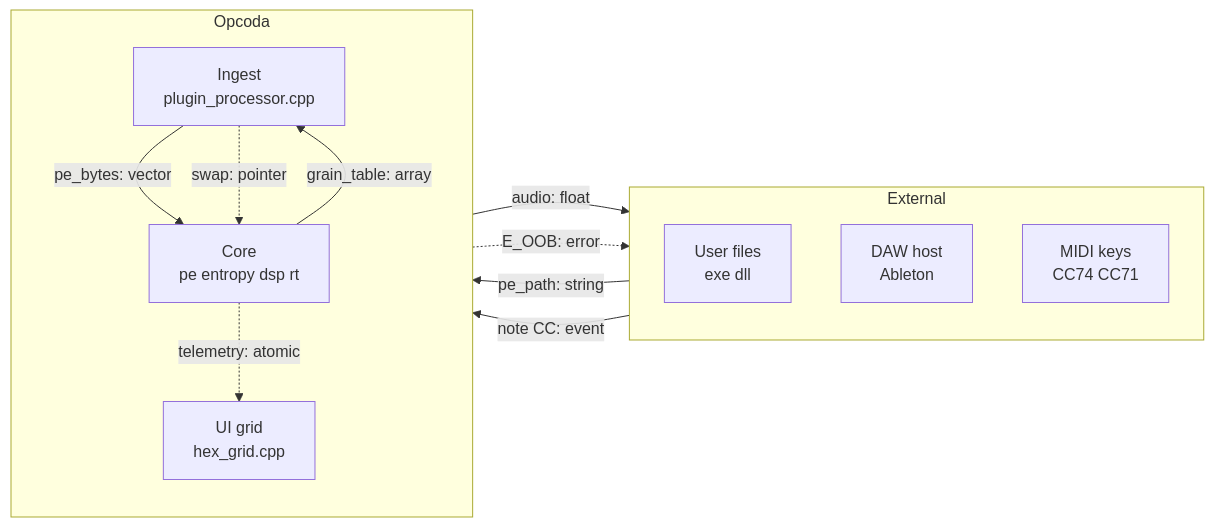
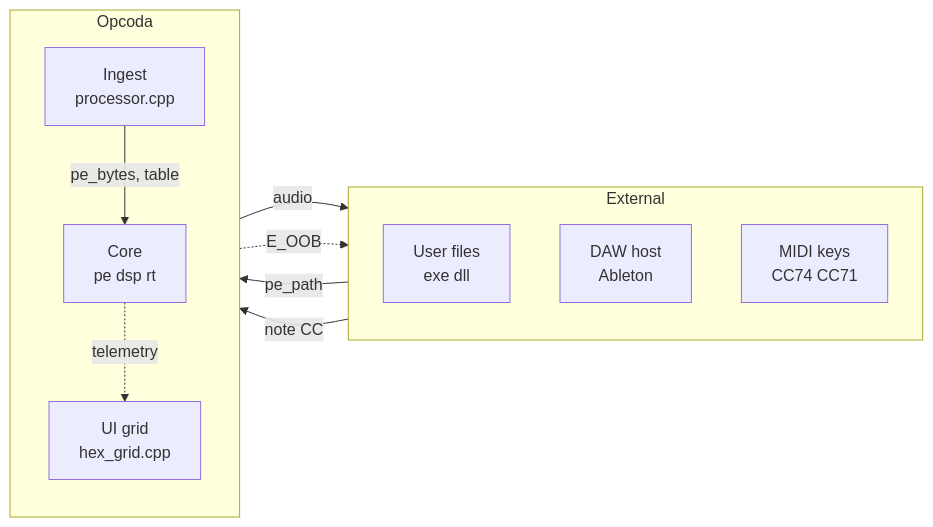
Before and after one commit to 9matesu/Catlas: the diagram in examples/opcoda-pe-pipeline/diagrams/context.mmd, drawn with Mermaid. The commit also changed 10 other files, not shown here.

Commit message:
Catlas: fix label overflow in example diagrams, add label fit rules and lint

```diff
--- a/examples/opcoda-pe-pipeline/diagrams/context.mmd
+++ b/examples/opcoda-pe-pipeline/diagrams/context.mmd
@@ -1,22 +1,20 @@
 flowchart LR
   direction LR
   subgraph ext[External]
     direction TB
     U[User files<br/>exe dll]
     D[DAW host<br/>Ableton]
     M[MIDI keys<br/>CC74 CC71]
   end
   subgraph repo[Opcoda]
     direction TB
-    I[Ingest<br/>plugin_processor.cpp]
-    C[Core<br/>pe entropy dsp rt]
+    I[Ingest<br/>processor.cpp]
+    C[Core<br/>pe dsp rt]
     V[UI grid<br/>hex_grid.cpp]
   end
-  U -->|pe_path: string| I
-  M -->|note CC: event| I
-  I -->|pe_bytes: vector| C
-  C -->|grain_table: array| I
-  I -.->|swap: pointer| C
-  C -->|audio: float| D
-  C -.->|telemetry: atomic| V
-  I -.->|E_OOB: error| U
+  U -->|pe_path| I
+  M -->|note CC| C
+  I -->|pe_bytes, table| C
+  C -->|audio| D
+  C -.->|telemetry| V
+  I -.->|E_OOB| U
```
